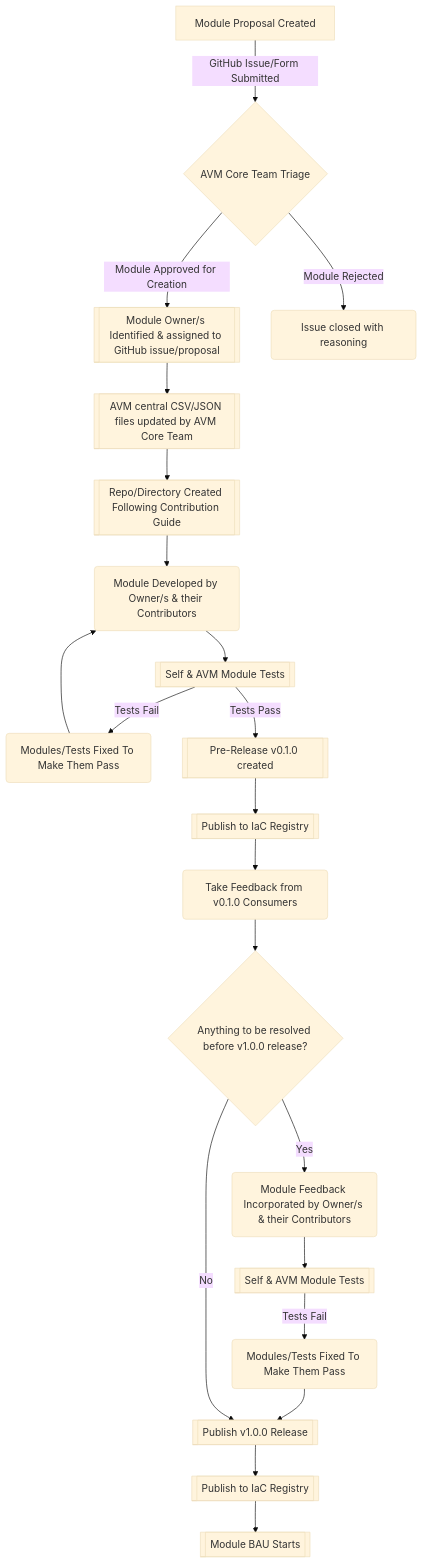
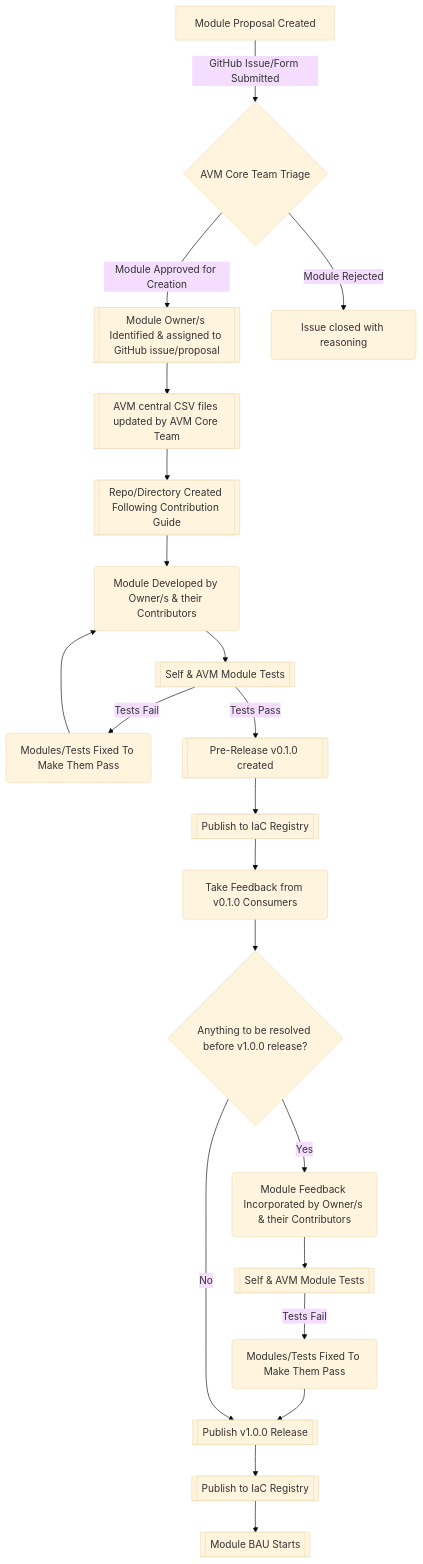
The diagram in docs/content/contributing/process.md (Azure/Azure-Verified-Modules), drawn with Mermaid (base theme) before and after one commit. The commit also changed other lines of this file, not shown here.

```diff
--- a/docs/content/contributing/process.md
+++ b/docs/content/contributing/process.md
@@ -14,23 +14,23 @@
 {{< mermaid class="text-center" >}}
 flowchart TD
     A[Module Proposal Created] -->|GitHub Issue/Form Submitted| B{AVM Core Team Triage}
     B -->|Module Approved for Creation| C[[Module Owner/s Identified & assigned to GitHub issue/proposal ]]
     B -->|Module Rejected| D(Issue closed with reasoning)
-    C -->E[[AVM central CSV/JSON files updated by AVM Core Team]]
+    C -->E[[AVM central CSV files updated by AVM Core Team]]
     E -->E1[[Repo/Directory Created Following Contribution Guide]]
     E1 -->F(Module Developed by Owner/s & their Contributors)
     F -->G[[Self & AVM Module Tests]]
     G -->|Tests Fail|I(Modules/Tests Fixed To Make Them Pass)
     I -->F
     G -->|Tests Pass|J[[Pre-Release v0.1.0 created]]
     J -->K[[Publish to IaC Registry]]
     K -->L(Take Feedback from v0.1.0 Consumers)
     L -->M{Anything to be resolved before v1.0.0 release?}
     M -->|Yes|FixPreV1(Module Feedback Incorporated by Owner/s & their Contributors)
     FixPreV1 -->PreV1Tests[[Self & AVM Module Tests]]
     PreV1Tests -->|Tests Fail|PreV1TestsFix(Modules/Tests Fixed To Make Them Pass)
     PreV1TestsFix -->N
     M -->|No|N[[Publish v1.0.0 Release]]
     N -->O[[Publish to IaC Registry]]
     O -->P[[Module BAU Starts]]
 {{< /mermaid >}}
```
